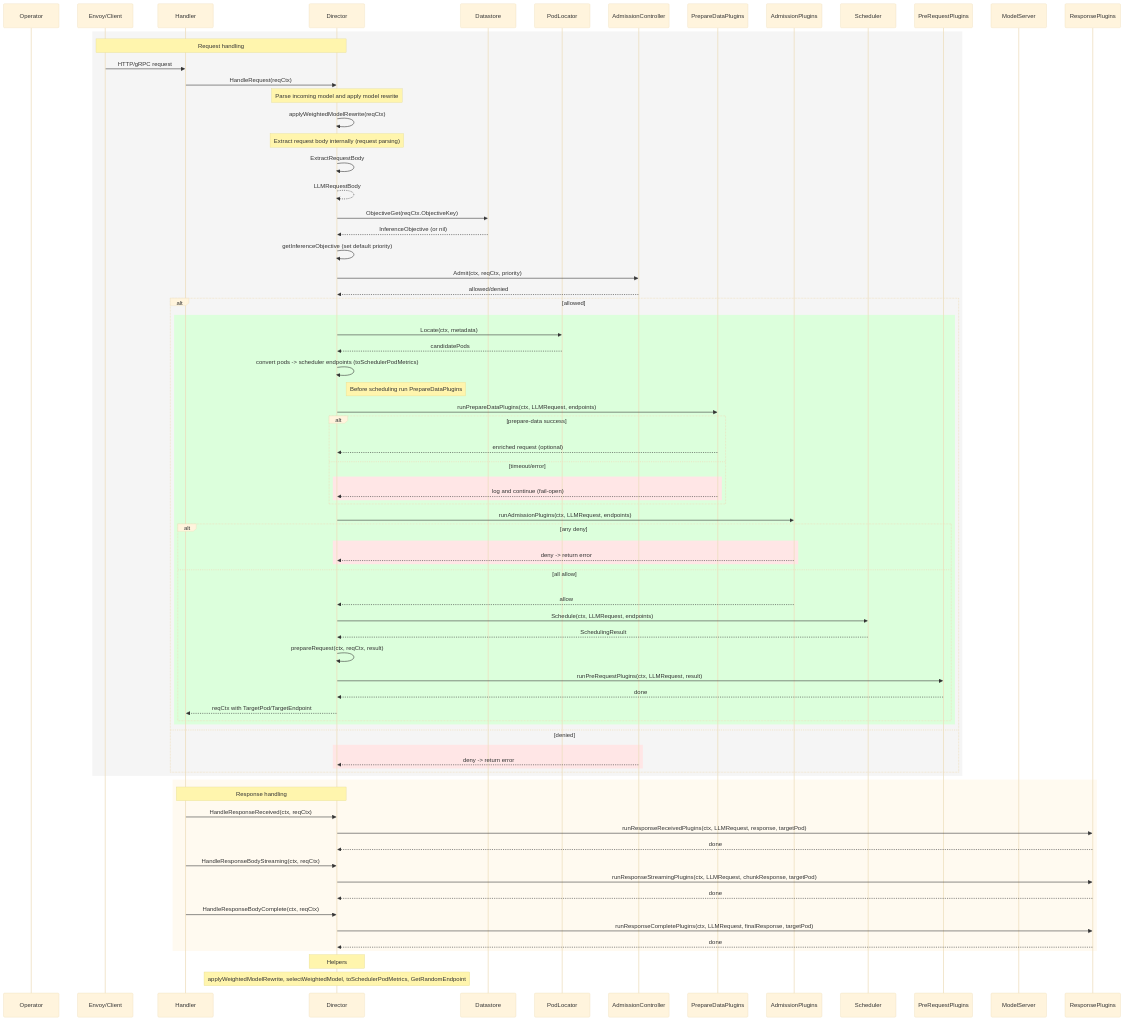
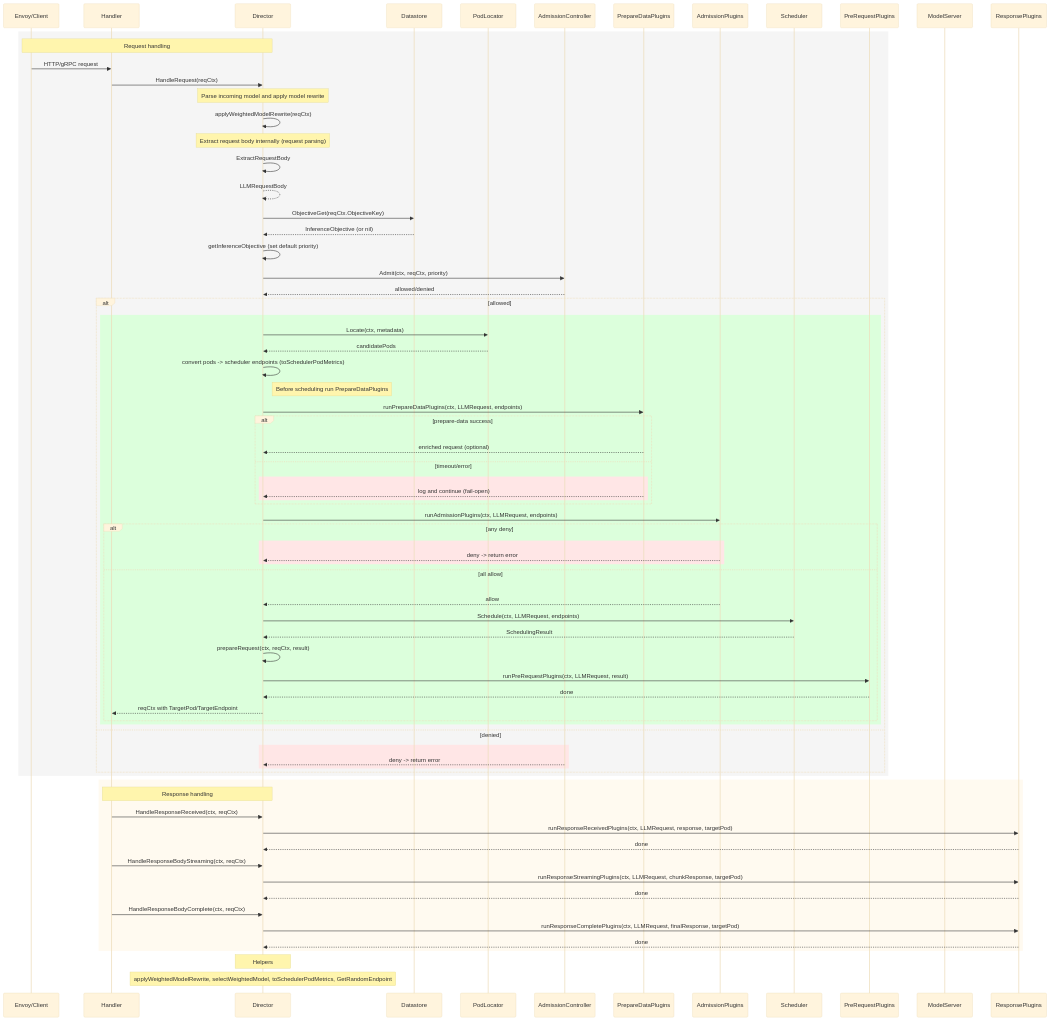
Before and after one commit to virgil382/llm-d-architectural-docs: the diagram in diagrams/DirectorSequence.mmd, drawn with Mermaid (base theme). The commit also changed 6 other files, not shown here.

Commit message:
Removed superfluous participant from the Director sequence diagram.

```diff
--- a/diagrams/DirectorSequence.mmd
+++ b/diagrams/DirectorSequence.mmd
@@ -1,86 +1,85 @@
 sequenceDiagram
-    participant Operator
     participant Envoy as Envoy/Client
     participant Handler
     participant Director
     participant Datastore
     participant PodLocator
     participant AdmissionCtrl as AdmissionController
     participant Prepare as PrepareDataPlugins
     participant Admission as AdmissionPlugins
     participant Scheduler
     participant PreReq as PreRequestPlugins
     participant Model as ModelServer
     participant Response as ResponsePlugins
 
     rect rgb(245,245,245)
         Note over Envoy,Director: Request handling
         Envoy->>Handler: HTTP/gRPC request
         Handler->>Director: HandleRequest(reqCtx)
         Note over Director: Parse incoming model and apply model rewrite
         Director->>Director: applyWeightedModelRewrite(reqCtx)
         Note over Director: Extract request body internally (request parsing)
         Director->>Director: ExtractRequestBody
         Director-->>Director: LLMRequestBody
         Director->>Datastore: ObjectiveGet(reqCtx.ObjectiveKey)
         Datastore-->>Director: InferenceObjective (or nil)
         Director->>Director: getInferenceObjective (set default priority)
         Director->>AdmissionCtrl: Admit(ctx, reqCtx, priority)
         AdmissionCtrl-->>Director: allowed/denied
         alt allowed
             rect rgb(220,255,220)
                 Director->>PodLocator: Locate(ctx, metadata)
                 PodLocator-->>Director: candidatePods
                 Director->>Director: convert pods -> scheduler endpoints (toSchedulerPodMetrics)
                 Note right of Director: Before scheduling run PrepareDataPlugins
                 Director->>Prepare: runPrepareDataPlugins(ctx, LLMRequest, endpoints)
                 alt prepare-data success
                     rect rgb(220,255,220)
                         Prepare-->>Director: enriched request (optional)
                     end
                 else timeout/error
                     rect rgb(255,230,230)
                         Prepare-->>Director: log and continue (fail-open)
                     end
                 end
                 Director->>Admission: runAdmissionPlugins(ctx, LLMRequest, endpoints)
                 alt any deny
                     rect rgb(255,230,230)
                         Admission-->>Director: deny -> return error
                     end
                 else all allow
                     rect rgb(220,255,220)
                         Admission-->>Director: allow
                         Director->>Scheduler: Schedule(ctx, LLMRequest, endpoints)
                         Scheduler-->>Director: SchedulingResult
                         Director->>Director: prepareRequest(ctx, reqCtx, result)
                         Director->>PreReq: runPreRequestPlugins(ctx, LLMRequest, result)
                         PreReq-->>Director: done
                         Director-->>Handler: reqCtx with TargetPod/TargetEndpoint
                     end
                 end
             end
         else denied
             rect rgb(255,230,230)
                 AdmissionCtrl-->>Director: deny -> return error
             end
         end
     end
 
     rect rgb(255,250,240)
         Note over Handler,Director: Response handling
         Handler->>Director: HandleResponseReceived(ctx, reqCtx)
         Director->>Response: runResponseReceivedPlugins(ctx, LLMRequest, response, targetPod)
         Response-->>Director: done
 
         Handler->>Director: HandleResponseBodyStreaming(ctx, reqCtx)
         Director->>Response: runResponseStreamingPlugins(ctx, LLMRequest, chunkResponse, targetPod)
         Response-->>Director: done
 
         Handler->>Director: HandleResponseBodyComplete(ctx, reqCtx)
         Director->>Response: runResponseCompletePlugins(ctx, LLMRequest, finalResponse, targetPod)
         Response-->>Director: done
     end
 
     Note over Director: Helpers
     Note over Director: applyWeightedModelRewrite, selectWeightedModel, toSchedulerPodMetrics, GetRandomEndpoint
```
